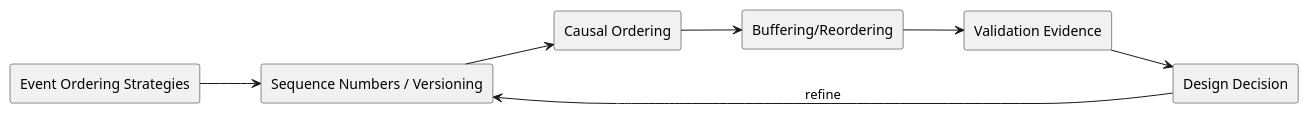
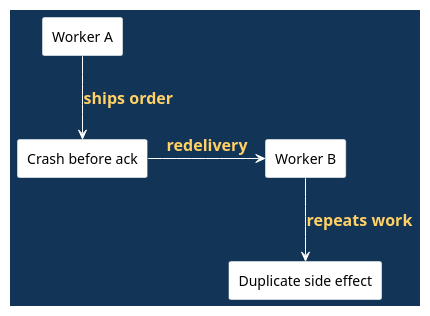
Before and after one commit to madajaju/CS5254: the seventh of 10 diagrams in doc/lectures/week11/event_ordering_strategies/README.slides.adoc, drawn with PlantUML. The commit also changed other lines of this file and 129 other files, not shown here.

```diff
--- a/doc/lectures/week11/event_ordering_strategies/README.slides.adoc
+++ b/doc/lectures/week11/event_ordering_strategies/README.slides.adoc
@@ -80,22 +175,26 @@
-[plantuml, target=architecture, format=svg, width=80%]
+[plantuml,width=100%]
 ----
 @startuml
-skinparam monochrome true
+
 skinparam shadowing false
-left to right direction
-
-rectangle "Event Ordering Strategies" as Topic
-rectangle "Sequence Numbers / Versioning" as A
-rectangle "Causal Ordering" as B
-rectangle "Buffering/Reordering" as C
-rectangle "Validation Evidence" as V
-rectangle "Design Decision" as D
-
-Topic --> A
-A --> B
-B --> C
-C --> V
-V --> D
-D --> A : refine
+skinparam backgroundColor #123456
+skinparam defaultFontColor black
+skinparam ArrowColor white
+skinparam ArrowFontColor #ffd166
+skinparam ArrowFontStyle bold
+skinparam ArrowFontSize 16
+skinparam defaultTextAlignment center
+skinparam rectangle {
+  BackgroundColor white
+  BorderColor #123456
+  FontColor black
+}
+rectangle "Worker A" as A
+rectangle "Crash before ack" as C
+rectangle "Worker B" as B
+rectangle "Duplicate side effect" as D
+A --> C : ships order
+C -> B : redelivery
+B --> D : repeats work
 @enduml
 ----
```
